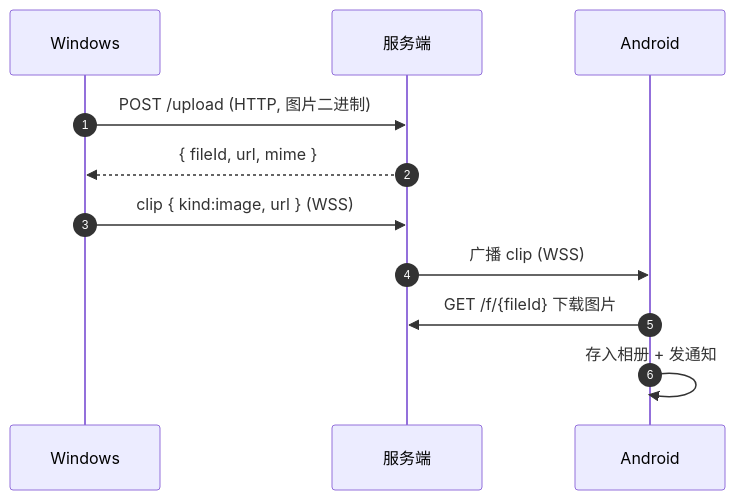
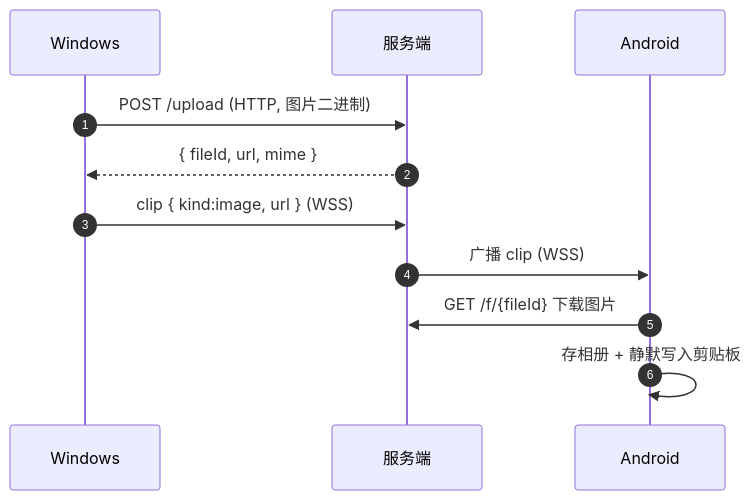
Before and after one commit to HeMuxD/clipbridge: the third of 3 diagrams in README.md, drawn with Mermaid. The commit also changed other lines of this file and 47 other files, not shown here.

````diff
--- a/README.md
+++ b/README.md
@@ -84,14 +84,14 @@
 ```mermaid
 sequenceDiagram
     autonumber
     participant A as Windows
     participant S as 服务端
     participant B as Android
 
     A->>S: POST /upload (HTTP, 图片二进制)
     S-->>A: { fileId, url, mime }
     A->>S: clip { kind:image, url } (WSS)
     S->>B: 广播 clip (WSS)
     B->>S: GET /f/{fileId} 下载图片
-    B->>B: 存入相册 + 发通知
+    B->>B: 存相册 + 静默写入剪贴板
 ```
````
